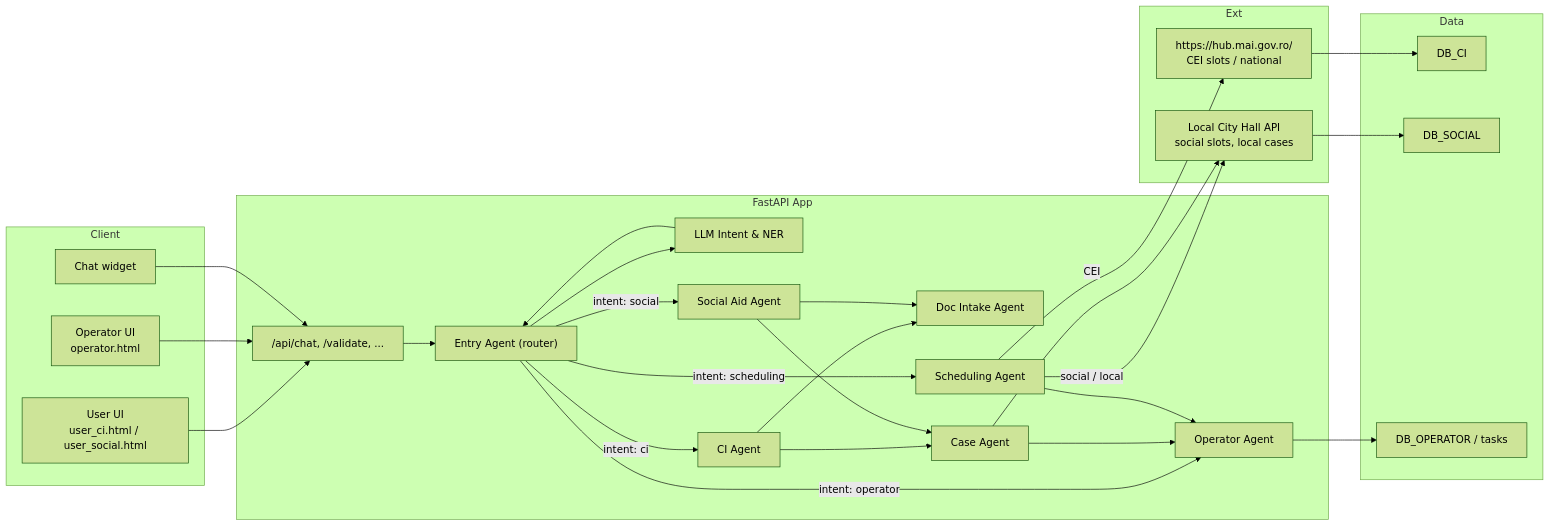
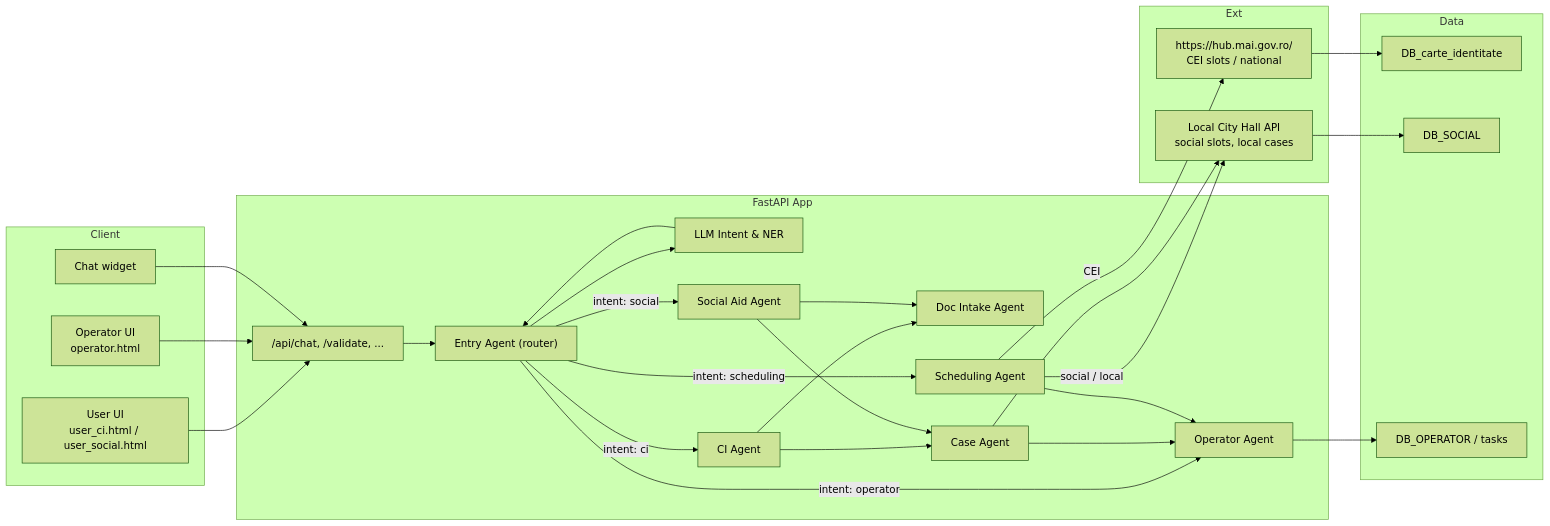
Before and after one commit to unibuc-cs/AI-for-public-administration: the diagram in README.md, drawn with Mermaid (forest theme). The commit also changed other lines of this file and 33 other files, not shown here.

````diff
--- a/README.md
+++ b/README.md
@@ -103,59 +103,59 @@
 ```mermaid
 flowchart LR
     subgraph Client
         U["User UI<br/>user_ci.html / user_social.html"]
         O["Operator UI<br/>operator.html"]
         Chat["Chat widget"]
     end
 
     U --> API
     O --> API
     Chat --> API
 
     subgraph App["FastAPI App"]
         API["/api/chat, /validate, ..."]
         LLM["LLM Intent & NER"]
         AG["Entry Agent (router)"]
         ACI["CI Agent"]
         ASOC["Social Aid Agent"]
         DOC["Doc Intake Agent"]
         SCH["Scheduling Agent"]
         CASE["Case Agent"]
         OP["Operator Agent"]
     end
 
     API --> AG
     AG --> LLM
     LLM --> AG
 
     AG -->|intent: ci| ACI
     AG -->|intent: social| ASOC
     AG -->|intent: operator| OP
     AG -->|intent: scheduling| SCH
     ACI --> DOC
     ASOC --> DOC
     ACI --> CASE
     ASOC --> CASE
     CASE --> OP
     SCH --> OP
 
     subgraph Ext
         HUB["https://hub.mai.gov.ro/<br/>CEI slots / national"]
         LOC["Local City Hall API<br/>social slots, local cases"]
     end
 
     SCH -->|CEI| HUB
     SCH -->|social / local| LOC
     CASE --> LOC
 
     subgraph Data
-        DB_CI["DB_CI"]
+        DB_CI["DB_carte_identitate"]
         DB_SOC["DB_SOCIAL"]
         DB_OP["DB_OPERATOR / tasks"]
     end
 
     HUB --> DB_CI
     LOC --> DB_SOC
     OP --> DB_OP
 
 ```
````
